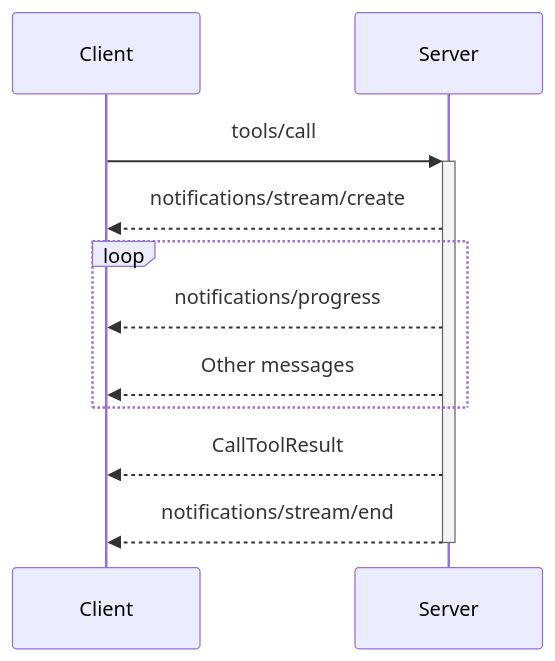
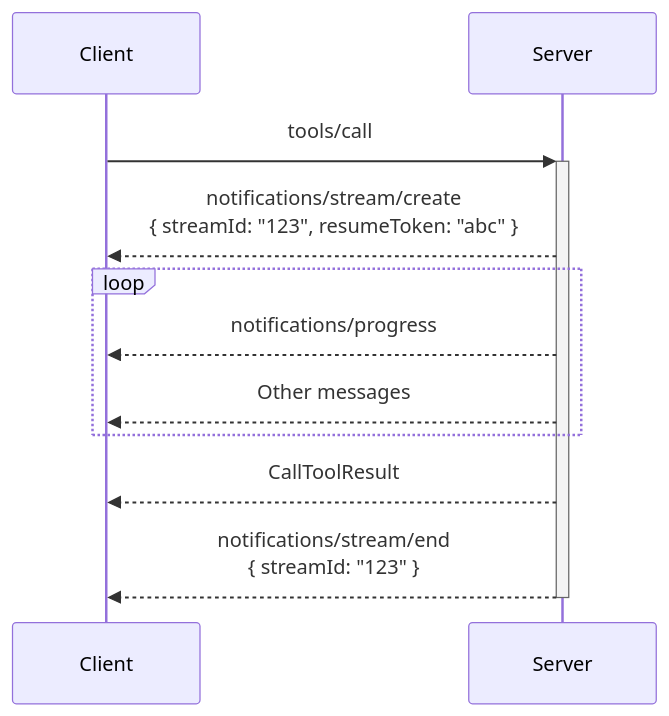
Before and after one commit to modelcontextprotocol/specification: the fourth of 4 diagrams in docs/specification/draft/basic/streams.mdx, drawn with Mermaid. The commit also changed other lines of this file and 3 other files, not shown here.

````diff
--- a/docs/specification/draft/basic/streams.mdx
+++ b/docs/specification/draft/basic/streams.mdx
@@ -212,16 +210,16 @@
 ```mermaid
 sequenceDiagram
     participant Client
     participant Server
 
     Client->>+Server: tools/call
-    Server-->>Client: notifications/stream/create
+    Server-->>Client: notifications/stream/create<br>{ streamId: "123", resumeToken: "abc" }
 
     loop
         Server-->>Client: notifications/progress
         Server-->>Client: Other messages
     end
 
     Server-->>Client: CallToolResult
-    Server-->>-Client: notifications/stream/end
+    Server-->>-Client: notifications/stream/end<br>{ streamId: "123" }
 ```
````
